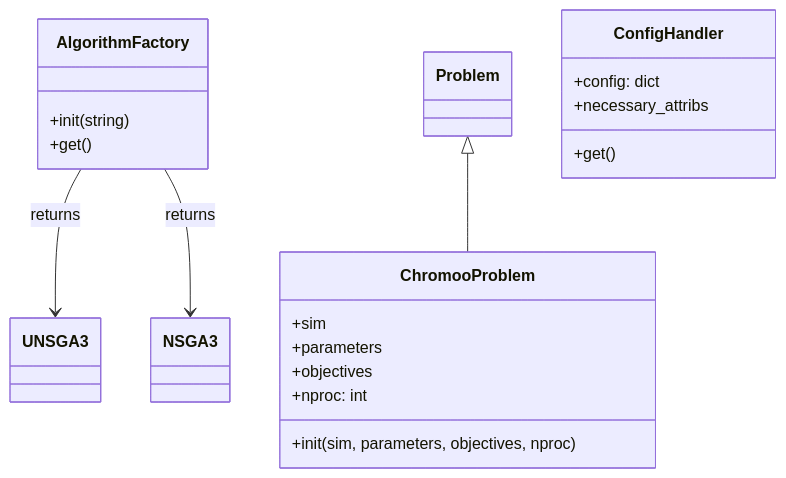
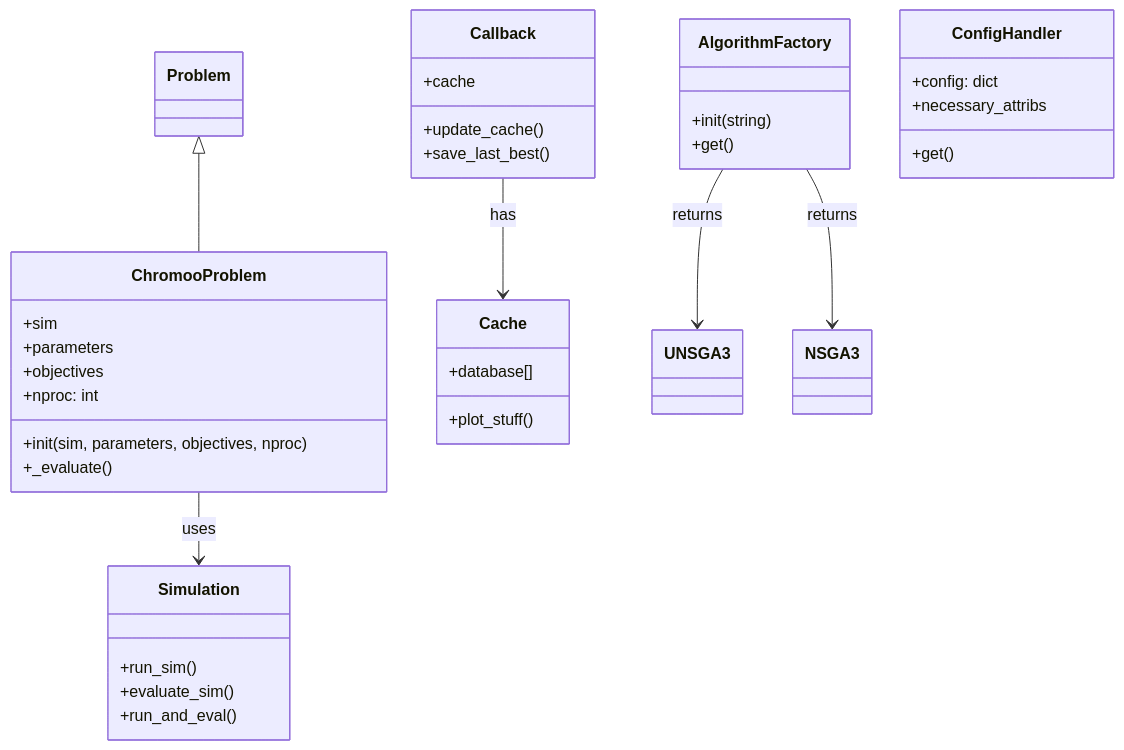
The diagram in docs/doc.md (cadet/CadetHD-chromoo), drawn with Mermaid before and after one commit. The commit also changed other lines of this file and 1 other file, not shown here.

Commit message:
Update doc and readme

````diff
--- a/docs/doc.md
+++ b/docs/doc.md
@@ -14,28 +14,46 @@
 ```{.mermaid format=pdf}
 classDiagram
     class AlgorithmFactory{
         +init(string)
         +get()
     }
     class Problem{
     }
     class ChromooProblem{
         +sim
         +parameters
         +objectives
         +nproc: int
         +init(sim, parameters, objectives, nproc)
+        +_evaluate()
+    }
+    class Simulation{
+        +run_sim()
+        +evaluate_sim()
+        +run_and_eval()
+    }
+    class Cache{
+        +database[]
+        +plot_stuff()
+    }
+    class Callback{
+        +cache
+        +update_cache()
+        +save_last_best()
     }
     class UNSGA3{
     }
     class NSGA3{
     }
     class ConfigHandler{
         +config: dict
         +necessary_attribs 
         +get()
     }
+
     Problem <|-- ChromooProblem
+    ChromooProblem --> Simulation : uses
     AlgorithmFactory --> UNSGA3 : returns
     AlgorithmFactory --> NSGA3 : returns
+    Callback --> Cache : has
 ```
````
